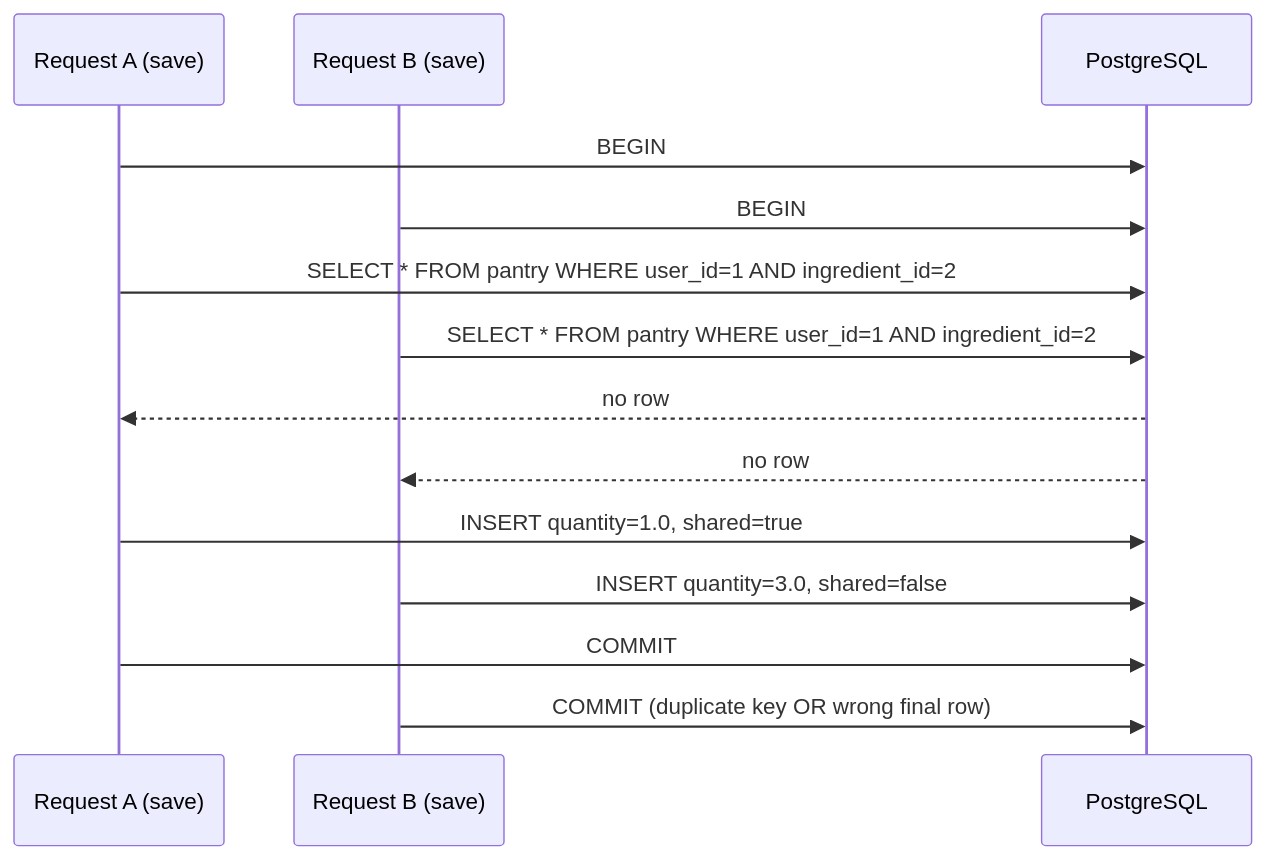
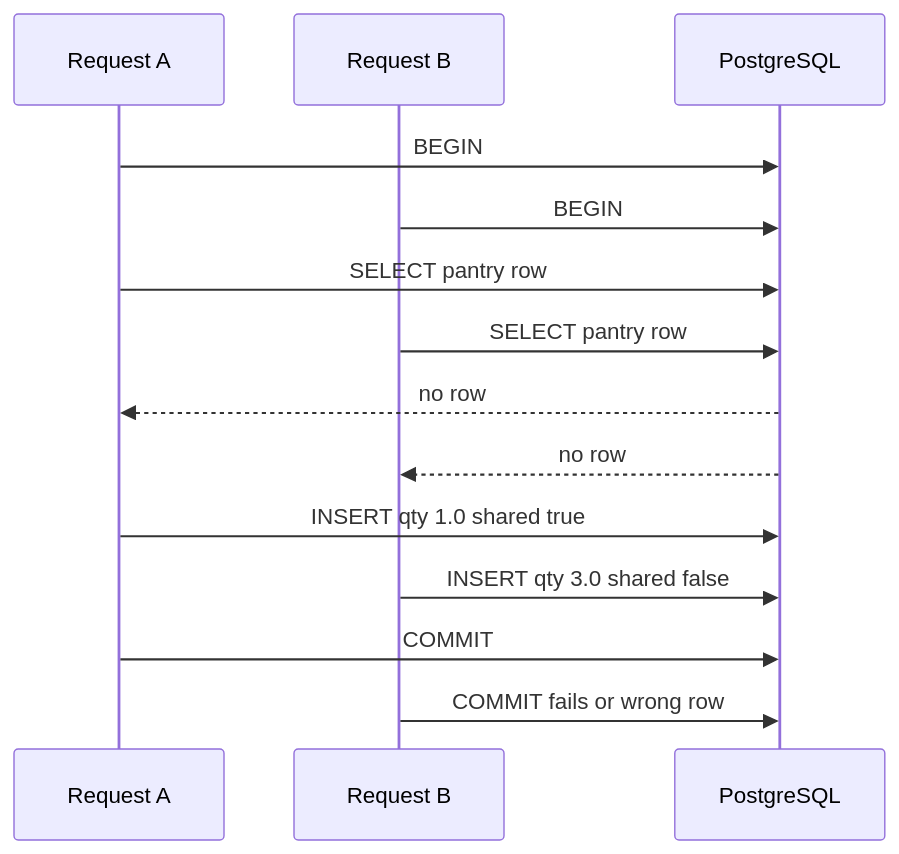
One commit to moystee/CSC365_Database_Group_Project changed the fourth of 4 diagrams in docs/concurrency.md. Above: the diagram before and after it, drawn with Mermaid. The commit also changed other lines of this file, not shown here.

````diff
--- a/docs/concurrency.md
+++ b/docs/concurrency.md
@@ -110,17 +112,17 @@
 ```mermaid
 sequenceDiagram
-    participant A as Request A (save)
-    participant B as Request B (save)
+    participant A as Request A
+    participant B as Request B
     participant DB as PostgreSQL
 
     A->>DB: BEGIN
     B->>DB: BEGIN
-    A->>DB: SELECT * FROM pantry WHERE user_id=1 AND ingredient_id=2
-    B->>DB: SELECT * FROM pantry WHERE user_id=1 AND ingredient_id=2
+    A->>DB: SELECT pantry row
+    B->>DB: SELECT pantry row
     DB-->>A: no row
     DB-->>B: no row
-    A->>DB: INSERT quantity=1.0, shared=true
-    B->>DB: INSERT quantity=3.0, shared=false
+    A->>DB: INSERT qty 1.0 shared true
+    B->>DB: INSERT qty 3.0 shared false
     A->>DB: COMMIT
-    B->>DB: COMMIT (duplicate key OR wrong final row)
+    B->>DB: COMMIT fails or wrong row
 ```
````
